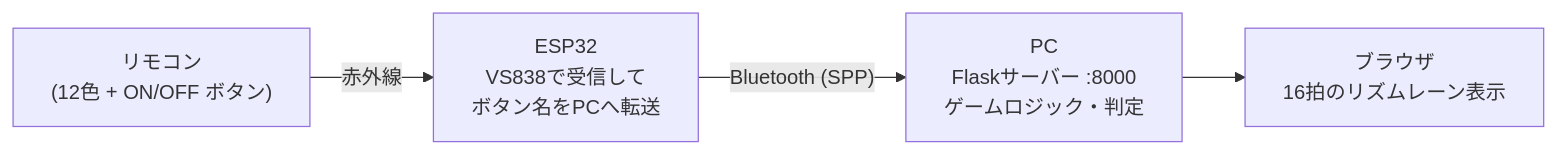
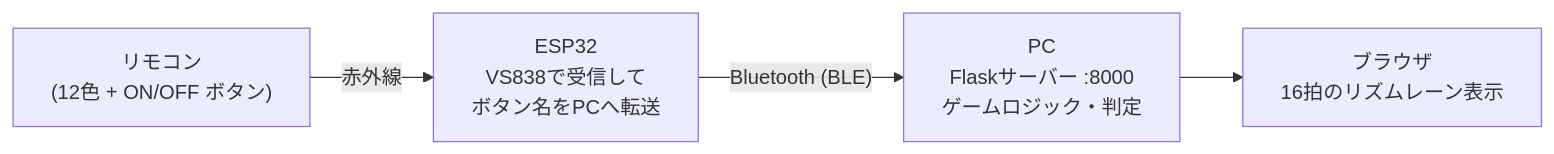
One commit to KeitoKuramochi/sensor_infrared changed the diagram in README.md. Above: the diagram before and after it, drawn with Mermaid. The commit also changed other lines of this file and 3 other files, not shown here.

First line of the commit message:
Switch from Bluetooth Classic (SPP) to BLE — SPP is unreliable on macOS

````diff
--- a/README.md
+++ b/README.md
@@ -11,6 +11,6 @@
 ```mermaid
 flowchart LR
     R["リモコン<br>(12色 + ON/OFF ボタン)"] -- 赤外線 --> E["ESP32<br>VS838で受信して<br>ボタン名をPCへ転送"]
-    E -- "Bluetooth (SPP)" --> P["PC<br>Flaskサーバー :8000<br>ゲームロジック・判定"]
+    E -- "Bluetooth (BLE)" --> P["PC<br>Flaskサーバー :8000<br>ゲームロジック・判定"]
     P --> B["ブラウザ<br>16拍のリズムレーン表示"]
 ```
````
